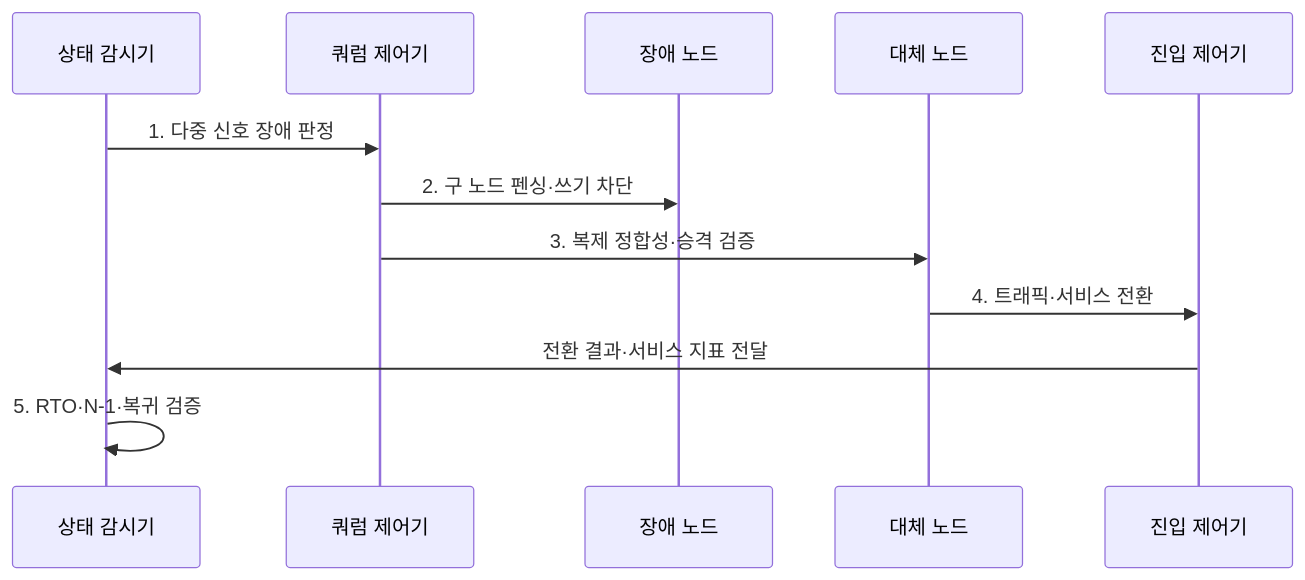
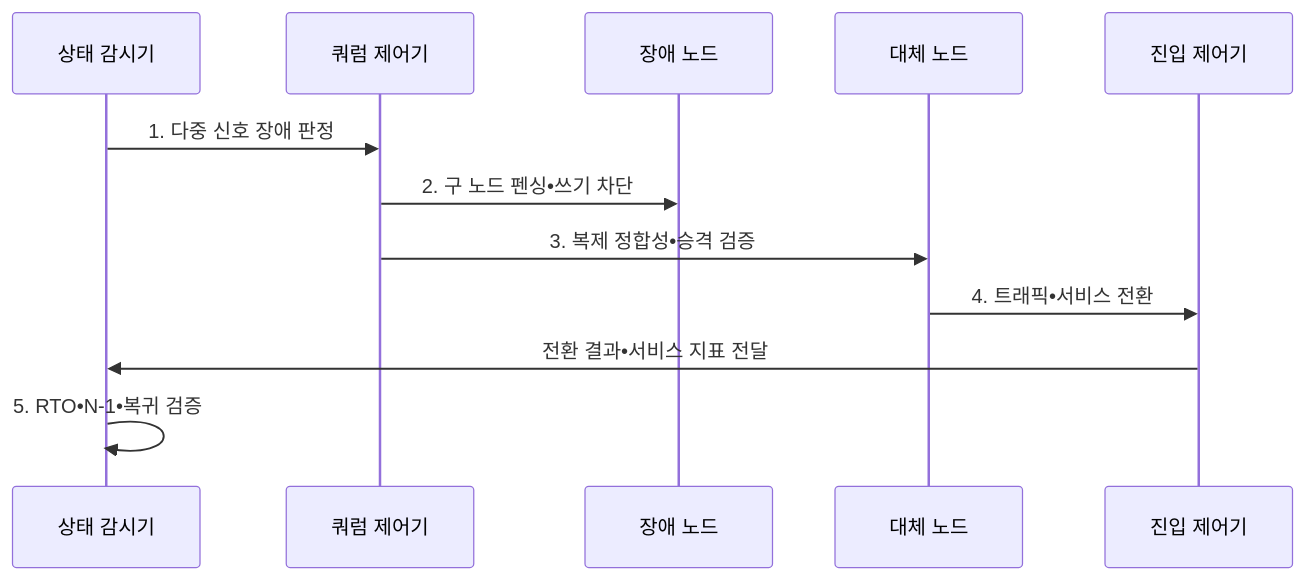
One commit to agnusdei1207/knowledge-base changed the second of 2 diagrams in src/content/docs/notes/06-evaluation/017_high_availability_architecture.md. Above: the diagram before and after it, drawn with Mermaid. The commit also changed other lines of this file and 953 other files, not shown here.

````diff
--- a/src/content/docs/notes/06-evaluation/017_high_availability_architecture.md
+++ b/src/content/docs/notes/06-evaluation/017_high_availability_architecture.md
@@ -101,14 +101,14 @@
 ```mermaid
 sequenceDiagram
   participant M as 상태 감시기
   participant Q as 쿼럼 제어기
   participant F as 장애 노드
   participant S as 대체 노드
   participant L as 진입 제어기
   M->>Q: 1. 다중 신호 장애 판정
-  Q->>F: 2. 구 노드 펜싱·쓰기 차단
-  Q->>S: 3. 복제 정합성·승격 검증
-  S->>L: 4. 트래픽·서비스 전환
-  L->>M: 전환 결과·서비스 지표 전달
-  M->>M: 5. RTO·N-1·복귀 검증
+  Q->>F: 2. 구 노드 펜싱•쓰기 차단
+  Q->>S: 3. 복제 정합성•승격 검증
+  S->>L: 4. 트래픽•서비스 전환
+  L->>M: 전환 결과•서비스 지표 전달
+  M->>M: 5. RTO•N-1•복귀 검증
 ```
````
